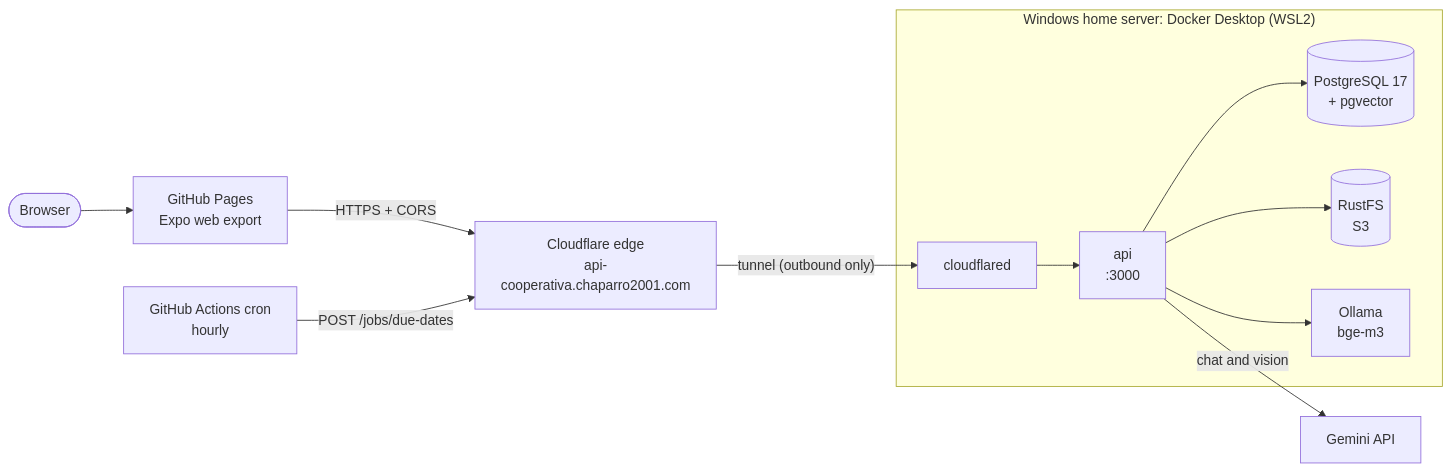
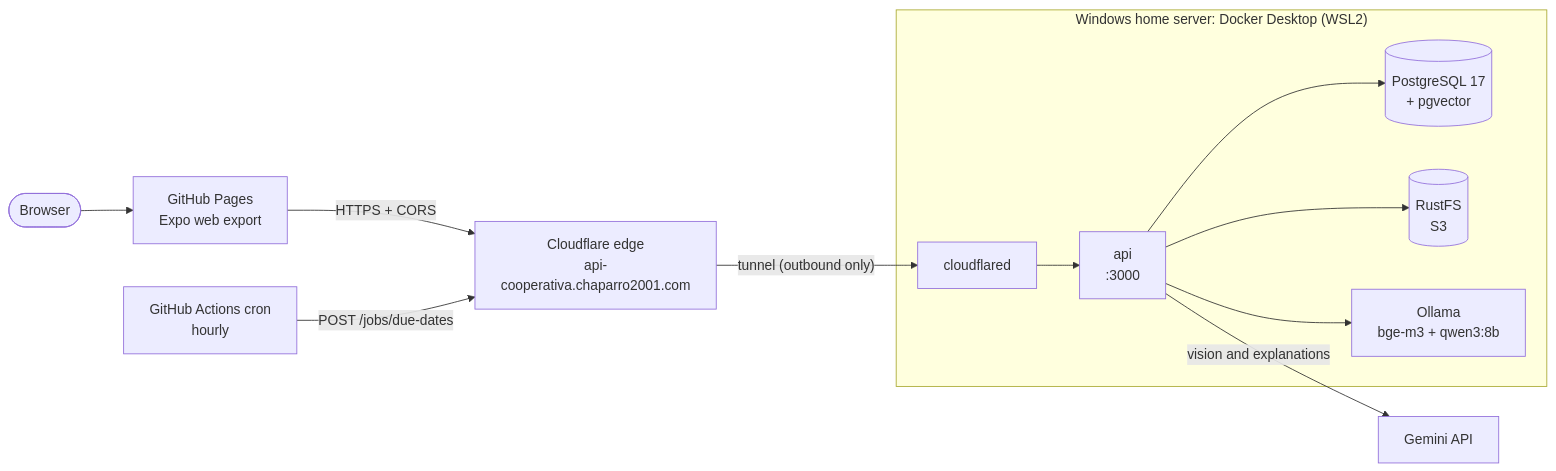
The diagram in docs/04-deployment.md (chaparro2001/multiCooperativa), drawn with Mermaid before and after one commit. The commit also changed other lines of this file and 9 other files, not shown here.

````diff
--- a/docs/04-deployment.md
+++ b/docs/04-deployment.md
@@ -7,14 +7,14 @@
 ```mermaid
 flowchart LR
   user([Browser]) --> pages["GitHub Pages<br/>Expo web export"]
   pages -- "HTTPS + CORS" --> cf["Cloudflare edge<br/>api-cooperativa.chaparro2001.com"]
   cf -- "tunnel (outbound only)" --> cloudflared
   subgraph server ["Windows home server: Docker Desktop (WSL2)"]
     cloudflared["cloudflared"] --> api["api<br/>:3000"]
     api --> pg[("PostgreSQL 17<br/>+ pgvector")]
     api --> s3[("RustFS<br/>S3")]
-    api --> ollama["Ollama<br/>bge-m3"]
+    api --> ollama["Ollama<br/>bge-m3 + qwen3:8b"]
   end
-  api -- "chat and vision" --> gemini["Gemini API"]
+  api -- "vision and explanations" --> gemini["Gemini API"]
   cron["GitHub Actions cron<br/>hourly"] -- "POST /jobs/due-dates" --> cf
 ```
````
